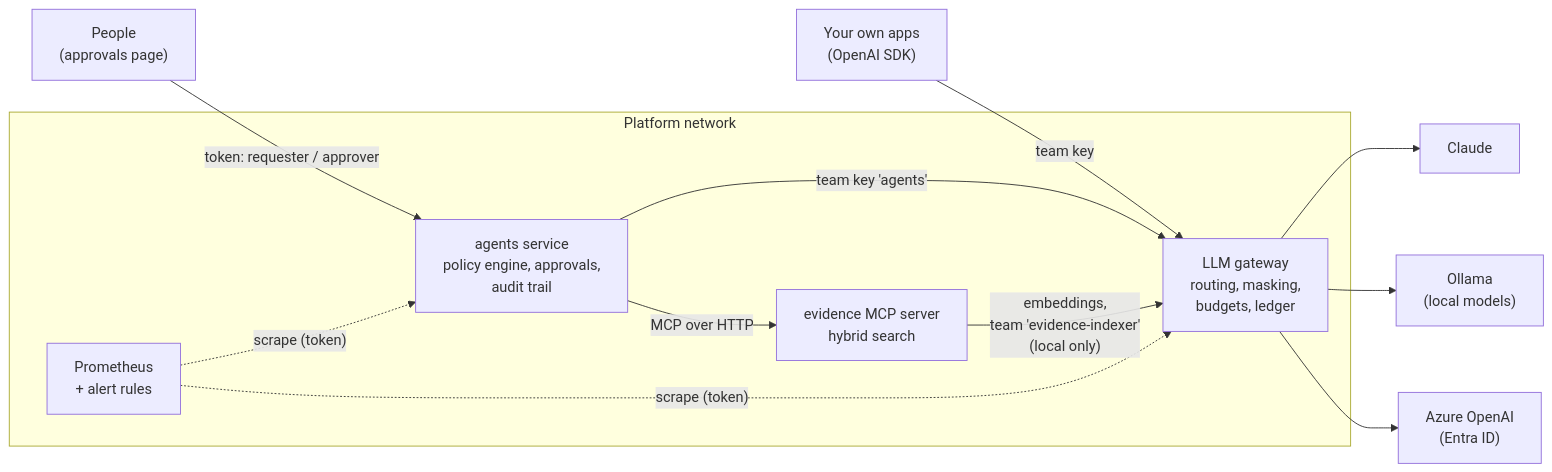
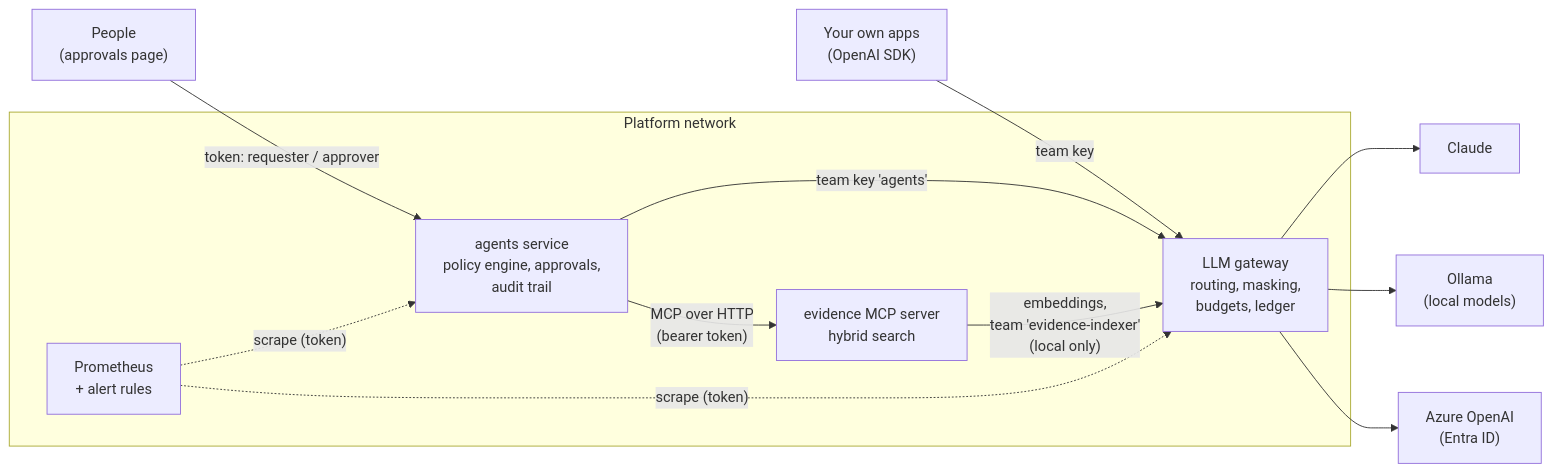
Before and after one commit to flam7791/governed-ai-platform: the diagram in README.md, drawn with Mermaid. The commit also changed other lines of this file and 36 other files, not shown here.

Commit message:
0.4.0: Kubernetes manifests, tracing across the three services, MCP server behind a token

````diff
--- a/README.md
+++ b/README.md
@@ -22,15 +22,15 @@
 ```mermaid
 flowchart LR
     U["People<br/>(approvals page)"] -- "token: requester / approver" --> AG
     APP["Your own apps<br/>(OpenAI SDK)"] -- "team key" --> GW
     subgraph P["Platform network"]
         AG["agents service<br/>policy engine, approvals,<br/>audit trail"] -- "team key 'agents'" --> GW["LLM gateway<br/>routing, masking,<br/>budgets, ledger"]
-        AG -- "MCP over HTTP" --> MCP["evidence MCP server<br/>hybrid search"]
+        AG -- "MCP over HTTP<br/>(bearer token)" --> MCP["evidence MCP server<br/>hybrid search"]
         MCP -- "embeddings,<br/>team 'evidence-indexer'<br/>(local only)" --> GW
         PR["Prometheus<br/>+ alert rules"] -. "scrape (token)" .-> GW
         PR -. "scrape (token)" .-> AG
     end
     GW --> C["Claude"]
     GW --> O["Ollama<br/>(local models)"]
     GW --> AZ["Azure OpenAI<br/>(Entra ID)"]
 ```
````
